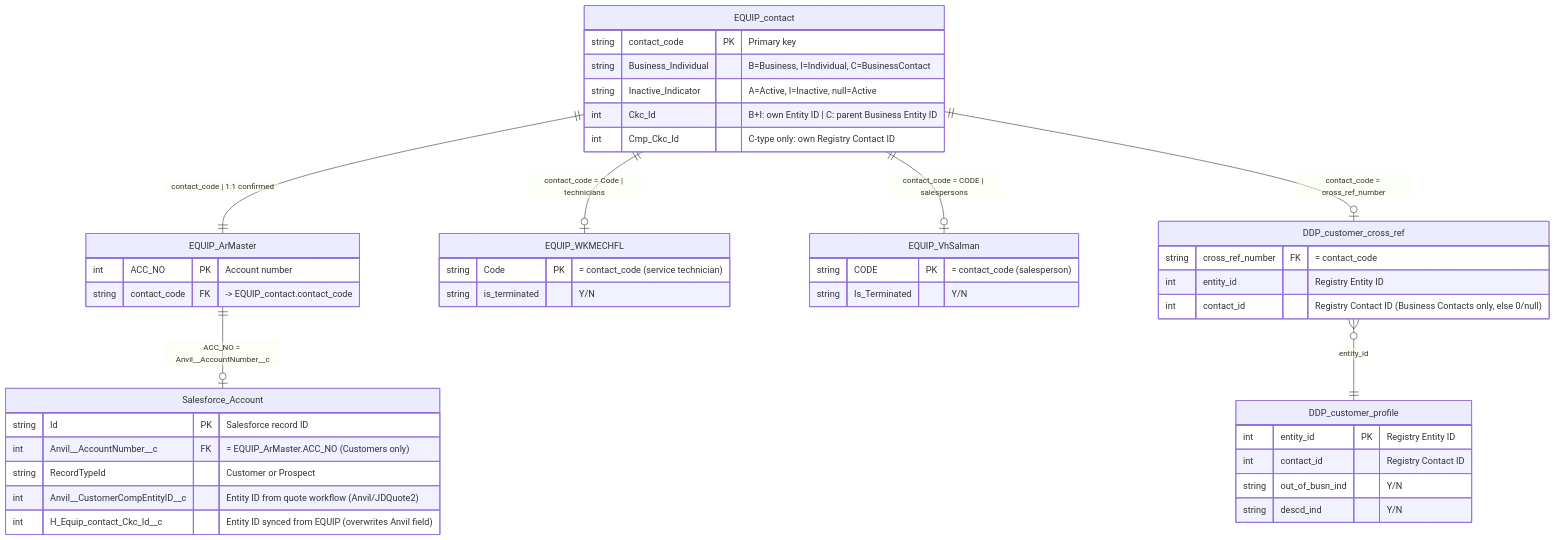
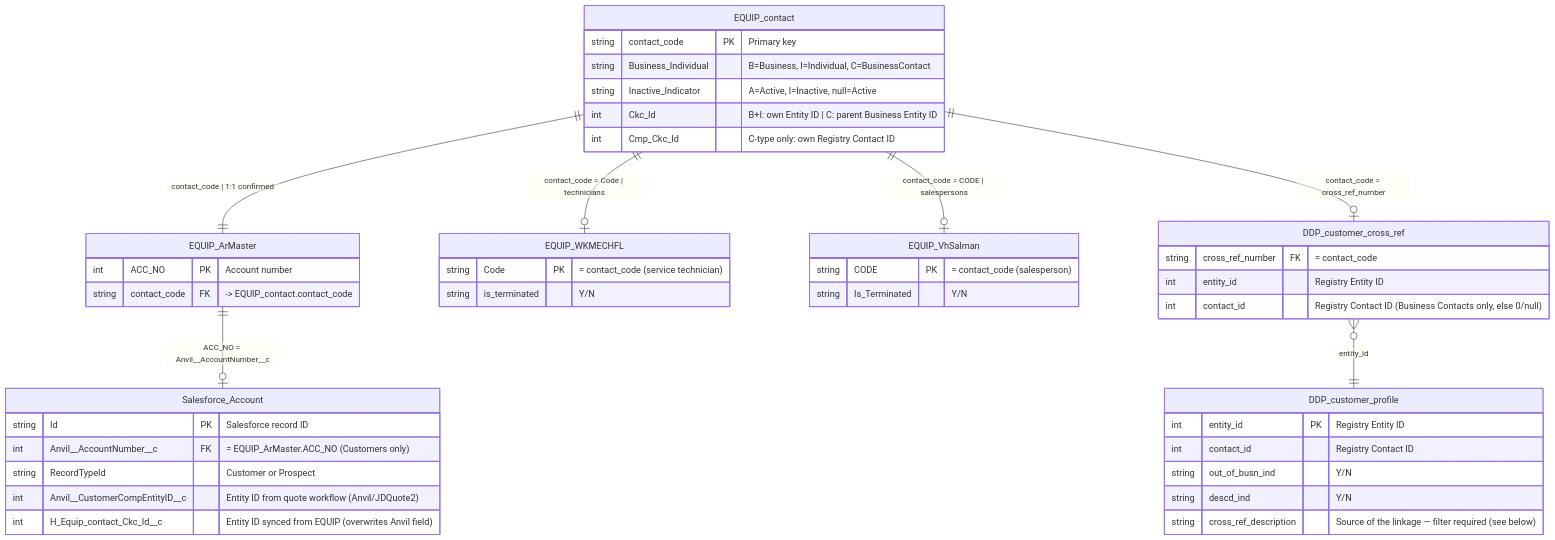
One commit to hutsoninc/customer-linkage changed the diagram in docs/data-model.md. Above: the diagram before and after it, drawn with Mermaid. The commit also changed other lines of this file and 6 other files, not shown here.

````diff
--- a/docs/data-model.md
+++ b/docs/data-model.md
@@ -5,53 +5,54 @@
 ```mermaid
 erDiagram
     EQUIP_contact {
         string  contact_code        PK  "Primary key"
         string  Business_Individual     "B=Business, I=Individual, C=BusinessContact"
         string  Inactive_Indicator      "A=Active, I=Inactive, null=Active"
         int     Ckc_Id                  "B+I: own Entity ID | C: parent Business Entity ID"
         int     Cmp_Ckc_Id              "C-type only: own Registry Contact ID"
     }
 
     EQUIP_ArMaster {
         int     ACC_NO              PK  "Account number"
         string  contact_code        FK  "-> EQUIP_contact.contact_code"
     }
 
     EQUIP_WKMECHFL {
         string  Code                PK  "= contact_code (service technician)"
         string  is_terminated           "Y/N"
     }
 
     EQUIP_VhSalman {
         string  CODE                PK  "= contact_code (salesperson)"
         string  Is_Terminated           "Y/N"
     }
 
     DDP_customer_cross_ref {
         string  cross_ref_number    FK  "= contact_code"
         int     entity_id               "Registry Entity ID"
         int     contact_id              "Registry Contact ID (Business Contacts only, else 0/null)"
     }
 
     DDP_customer_profile {
         int     entity_id           PK  "Registry Entity ID"
         int     contact_id              "Registry Contact ID"
         string  out_of_busn_ind         "Y/N"
         string  descd_ind               "Y/N"
+        string  cross_ref_description       "Source of the linkage — filter required (see below)"
     }
 
     Salesforce_Account {
         string  Id                  PK  "Salesforce record ID"
         int     Anvil__AccountNumber__c     FK  "= EQUIP_ArMaster.ACC_NO (Customers only)"
         string  RecordTypeId                    "Customer or Prospect"
         int     Anvil__CustomerCompEntityID__c  "Entity ID from quote workflow (Anvil/JDQuote2)"
         int     H_Equip_contact_Ckc_Id__c       "Entity ID synced from EQUIP (overwrites Anvil field)"
     }
 
     EQUIP_contact           ||--||  EQUIP_ArMaster          : "contact_code | 1:1 confirmed"
     EQUIP_contact           ||--o|  DDP_customer_cross_ref   : "contact_code = cross_ref_number"
     EQUIP_contact           ||--o|  EQUIP_WKMECHFL           : "contact_code = Code | technicians"
     EQUIP_contact           ||--o|  EQUIP_VhSalman           : "contact_code = CODE | salespersons"
     DDP_customer_cross_ref  }o--||  DDP_customer_profile     : "entity_id"
     EQUIP_ArMaster          ||--o|  Salesforce_Account       : "ACC_NO = Anvil__AccountNumber__c"
 ```
````
